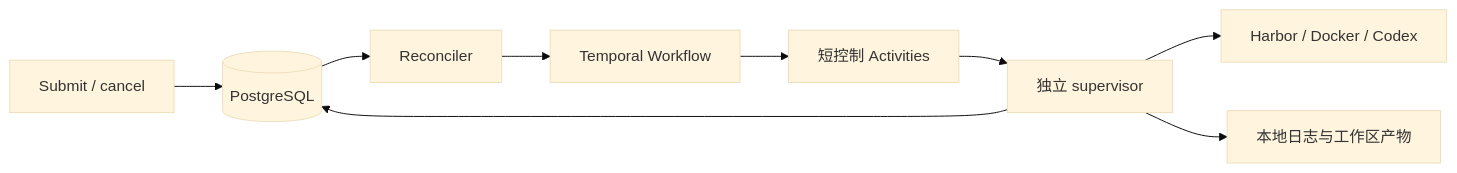
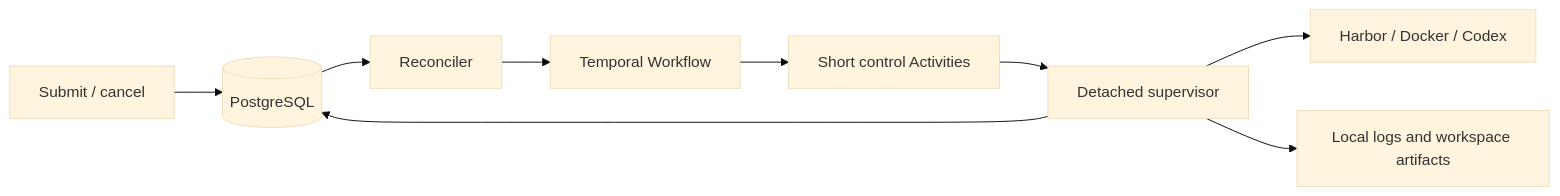
The diagram in docs/m1.md (MrHappyEnding/relay-trace-verify), drawn with Mermaid (base theme) before and after one commit. The commit also changed other lines of this file and 83 other files, not shown here.

````diff
--- a/docs/m1.md
+++ b/docs/m1.md
@@ -55,11 +56,11 @@
 ```mermaid
 flowchart LR
     CLI[Submit / cancel] --> PG[(PostgreSQL)]
     PG --> R[Reconciler]
     R --> WF[Temporal Workflow]
-    WF --> ACT[短控制 Activities]
-    ACT --> SUP[独立 supervisor]
+    WF --> ACT[Short control Activities]
+    ACT --> SUP[Detached supervisor]
     SUP --> BOX[Harbor / Docker / Codex]
     SUP --> PG
-    SUP --> FILES[本地日志与工作区产物]
+    SUP --> FILES[Local logs and workspace artifacts]
 ```
````
